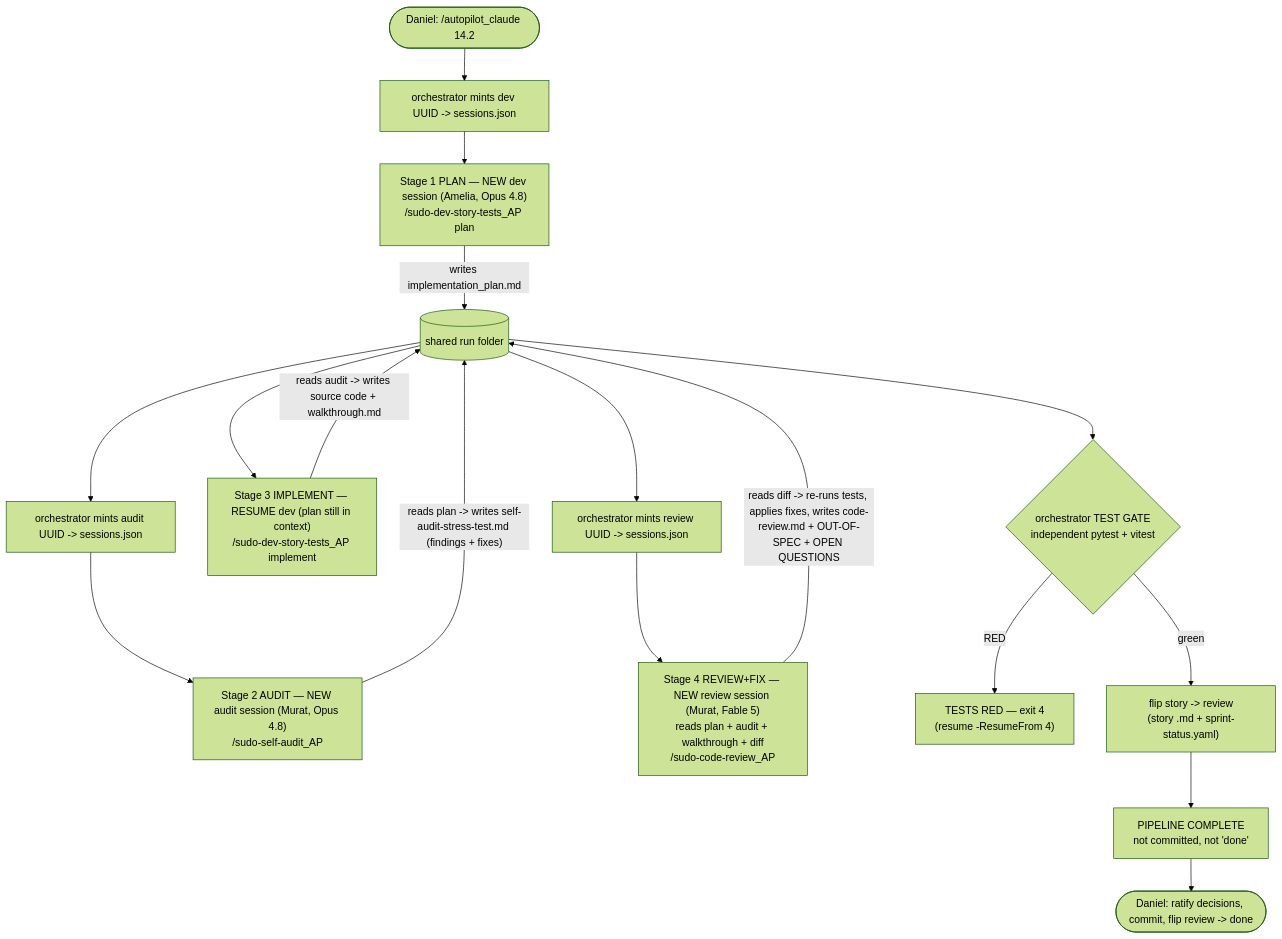
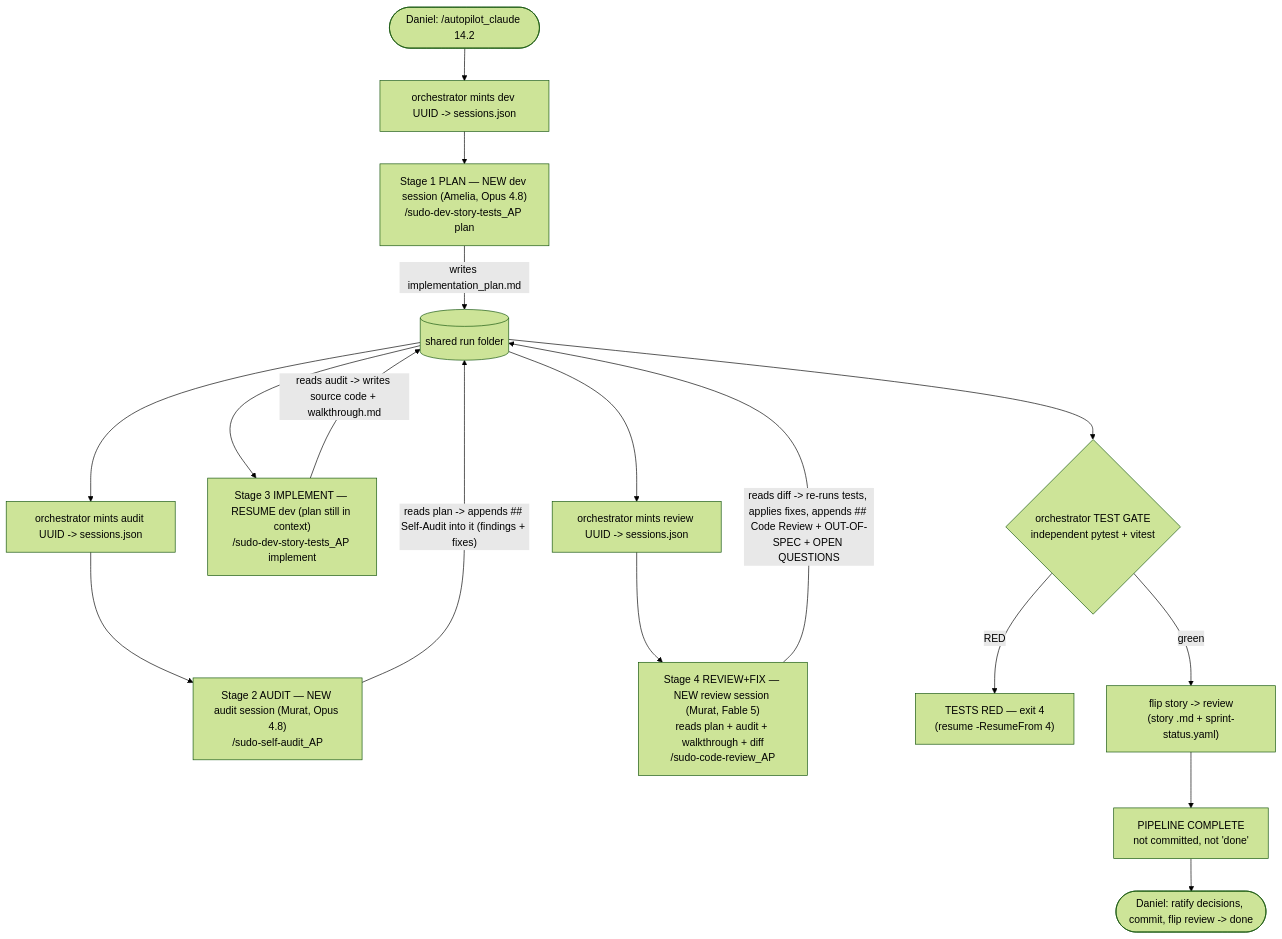
One commit to sudomadhatter/Sudo_Hatter_Command changed the first of 4 diagrams in .agents/reference/autopilot_bmad_dev_loop.md. Above: the diagram before and after it, drawn with Mermaid (forest theme). The commit also changed other lines of this file and 35 other files, not shown here.

First line of the commit message:
refactor(artifacts): two-doc story close — audit appends to plan, review appends to walkthrough

````diff
--- a/.agents/reference/autopilot_bmad_dev_loop.md
+++ b/.agents/reference/autopilot_bmad_dev_loop.md
@@ -61,19 +61,19 @@
 ```mermaid
 flowchart TD
     D(["Daniel: /autopilot_claude 14.2"]) --> M1["orchestrator mints dev UUID -> sessions.json"]
     M1 --> S1["Stage 1 PLAN — NEW dev session (Amelia, Opus 4.8)<br/>/sudo-dev-story-tests_AP plan"]
     S1 -->|"writes implementation_plan.md"| F[("shared run folder")]
     F --> M2["orchestrator mints audit UUID -> sessions.json"]
     M2 --> S2["Stage 2 AUDIT — NEW audit session (Murat, Opus 4.8)<br/>/sudo-self-audit_AP"]
-    S2 -->|"reads plan -> writes self-audit-stress-test.md (findings + fixes)"| F
+    S2 -->|"reads plan -> appends ## Self-Audit into it (findings + fixes)"| F
     F --> S3["Stage 3 IMPLEMENT — RESUME dev (plan still in context)<br/>/sudo-dev-story-tests_AP implement"]
     S3 -->|"reads audit -> writes source code + walkthrough.md"| F
     F --> M3["orchestrator mints review UUID -> sessions.json"]
     M3 --> S4["Stage 4 REVIEW+FIX — NEW review session (Murat, Fable 5)<br/>reads plan + audit + walkthrough + diff<br/>/sudo-code-review_AP"]
-    S4 -->|"reads diff -> re-runs tests, applies fixes, writes code-review.md + OUT-OF-SPEC + OPEN QUESTIONS"| F
+    S4 -->|"reads diff -> re-runs tests, applies fixes, appends ## Code Review + OUT-OF-SPEC + OPEN QUESTIONS"| F
     F --> G{"orchestrator TEST GATE<br/>independent pytest + vitest"}
     G -->|"RED"| RED["TESTS RED — exit 4<br/>(resume -ResumeFrom 4)"]
     G -->|"green"| RV["flip story -> review<br/>(story .md + sprint-status.yaml)"]
     RV --> DONE["PIPELINE COMPLETE<br/>not committed, not 'done'"]
     DONE --> D2(["Daniel: ratify decisions, commit, flip review -> done"])
 ```
````
